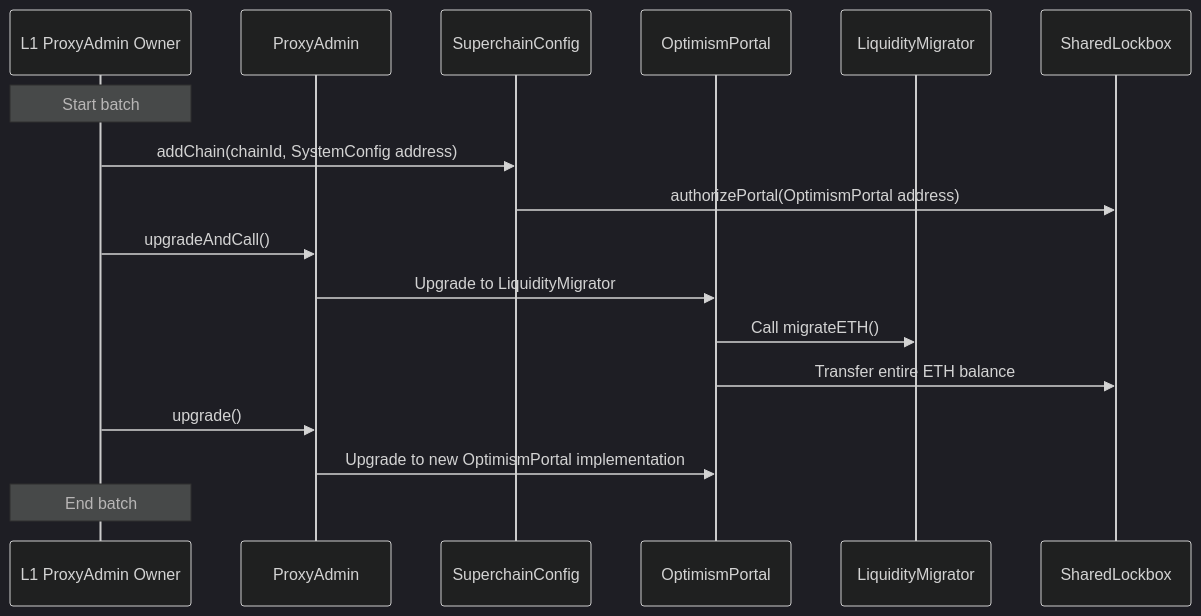
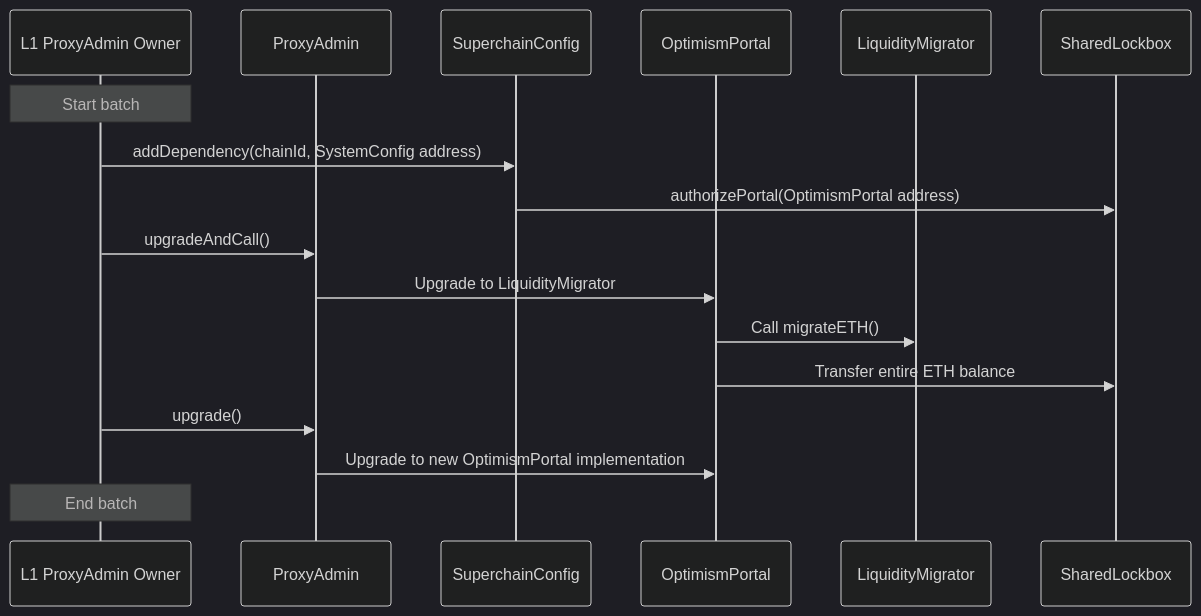
Before and after one commit to ethereum-optimism/specs: the diagram in specs/interop/shared-lockbox-upgrade.md, drawn with Mermaid (dark theme). The commit also changed other lines of this file and 3 other files, not shown here.

````diff
--- a/specs/interop/shared-lockbox-upgrade.md
+++ b/specs/interop/shared-lockbox-upgrade.md
@@ -99,27 +97,27 @@
 ```mermaid
 sequenceDiagram
     participant L1PAO as L1 ProxyAdmin Owner
     participant ProxyAdmin as ProxyAdmin
     participant SuperchainConfig
     participant OptimismPortalProxy as OptimismPortal
     participant LiquidityMigrator
     participant SharedLockbox
 
     Note over L1PAO: Start batch
 
-    %% Step 1: Add chain to SuperchainConfig
-    L1PAO->>SuperchainConfig: addChain(chainId, SystemConfig address)
+    %% Step 1: Add dependency to SuperchainConfig
+    L1PAO->>SuperchainConfig: addDependency(chainId, SystemConfig address)
     SuperchainConfig->>SharedLockbox: authorizePortal(OptimismPortal address)
 
     %% Step 2: Upgrade OptimismPortal to intermediate implementation that transfers ETH
     L1PAO->>ProxyAdmin: upgradeAndCall()
     ProxyAdmin->>OptimismPortalProxy: Upgrade to LiquidityMigrator
     OptimismPortalProxy->>LiquidityMigrator: Call migrateETH()
     OptimismPortalProxy->>SharedLockbox: Transfer entire ETH balance
 
     %% Step 3: Upgrade OptimismPortal to final implementation
     L1PAO->>ProxyAdmin: upgrade()
     ProxyAdmin->>OptimismPortalProxy: Upgrade to new OptimismPortal implementation
 
     Note over L1PAO: End batch
 ```
````
